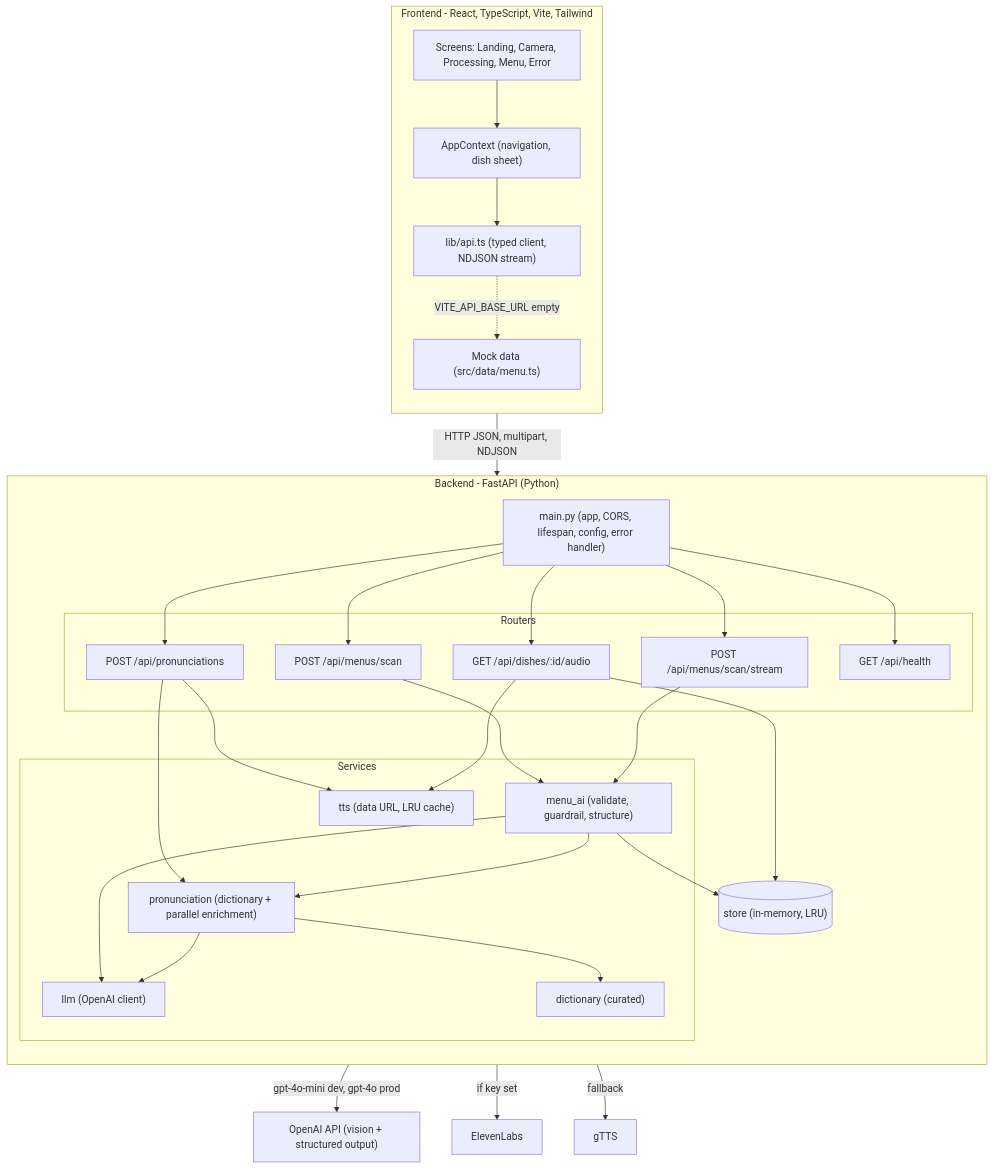
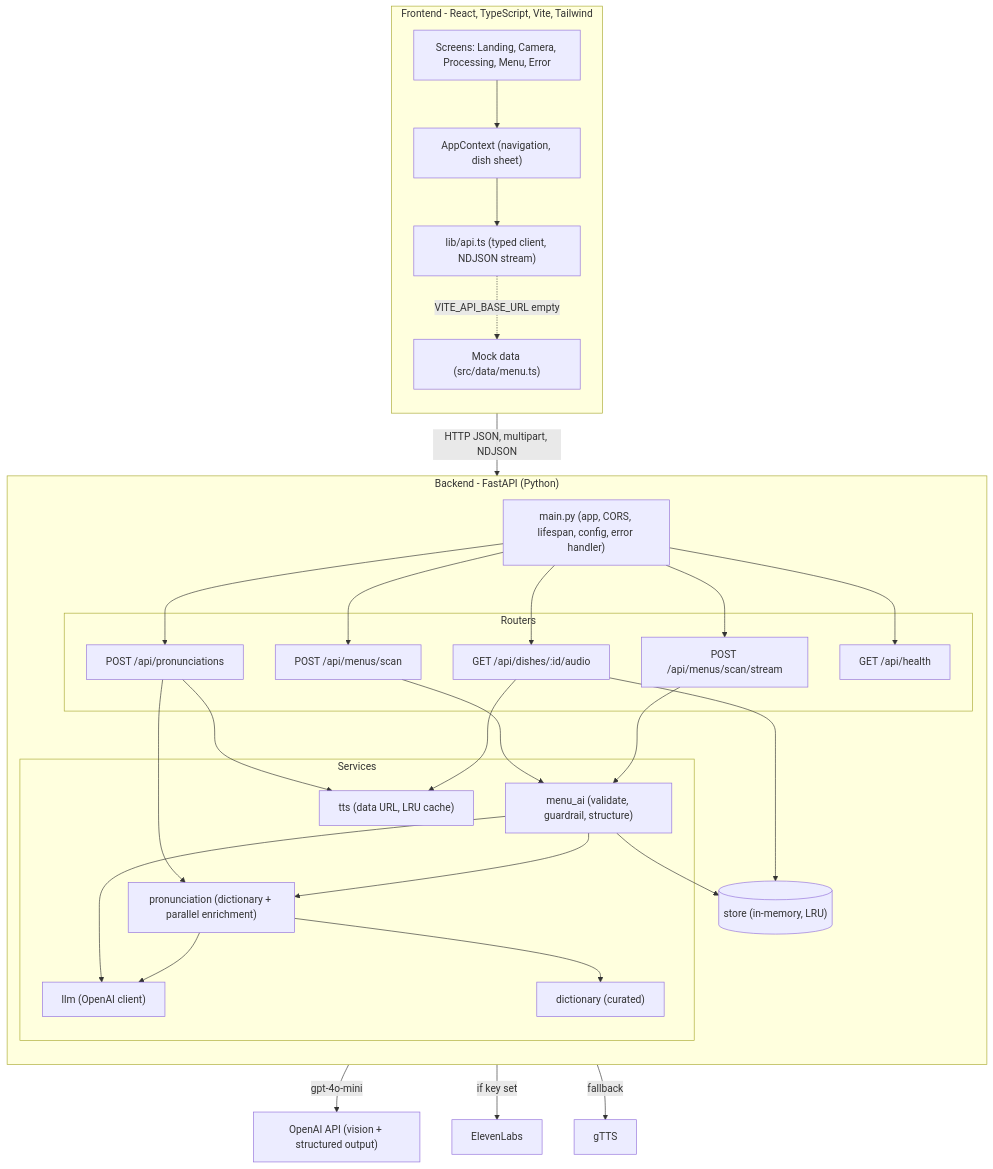
The first of 2 diagrams in README.md (TestZucky/WhatDish), drawn with Mermaid before and after one commit. The commit also changed other lines of this file and 12 other files, not shown here.

First line of the commit message:
Add Turnstile bot protection and default to gpt-4o-mini

````diff
--- a/README.md
+++ b/README.md
@@ -83,53 +83,53 @@
 ```mermaid
 flowchart TD
     subgraph Client["Frontend - React, TypeScript, Vite, Tailwind"]
         direction TB
         Screens["Screens: Landing, Camera, Processing, Menu, Error"]
         Ctx["AppContext (navigation, dish sheet)"]
         ApiClient["lib/api.ts (typed client, NDJSON stream)"]
         Mock["Mock data (src/data/menu.ts)"]
         Screens --> Ctx --> ApiClient
         ApiClient -.->|VITE_API_BASE_URL empty| Mock
     end
 
     subgraph Server["Backend - FastAPI (Python)"]
         direction TB
         Main["main.py (app, CORS, lifespan, config, error handler)"]
 
         subgraph Routers["Routers"]
             RM["POST /api/menus/scan"]
             RS["POST /api/menus/scan/stream"]
             RP["POST /api/pronunciations"]
             RD["GET /api/dishes/:id/audio"]
             RH["GET /api/health"]
         end
 
         subgraph Services["Services"]
             MA["menu_ai (validate, guardrail, structure)"]
             PR["pronunciation (dictionary + parallel enrichment)"]
             DI["dictionary (curated)"]
             LLM["llm (OpenAI client)"]
             TTS["tts (data URL, LRU cache)"]
         end
 
         Store[("store (in-memory, LRU)")]
 
         Main --> RM & RS & RP & RD & RH
         RM --> MA
         RS --> MA
         RP --> PR
         RP --> TTS
         RD --> Store
         RD --> TTS
         MA --> LLM
         MA --> PR
         MA --> Store
         PR --> DI
         PR --> LLM
     end
 
     ApiClient -->|HTTP JSON, multipart, NDJSON| Main
-    LLM -->|gpt-4o-mini dev, gpt-4o prod| OpenAI["OpenAI API (vision + structured output)"]
+    LLM -->|gpt-4o-mini| OpenAI["OpenAI API (vision + structured output)"]
     TTS -->|if key set| EL["ElevenLabs"]
     TTS -->|fallback| GT["gTTS"]
 ```
````
